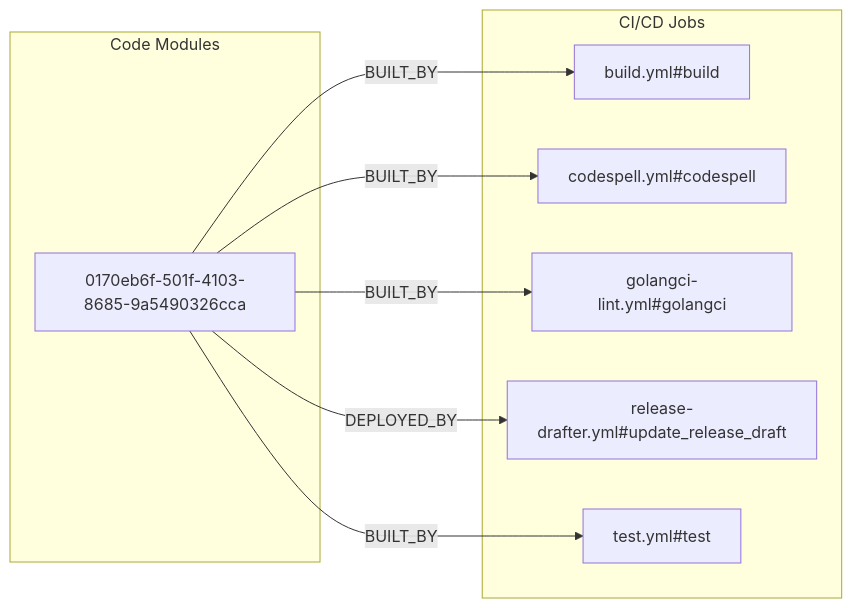
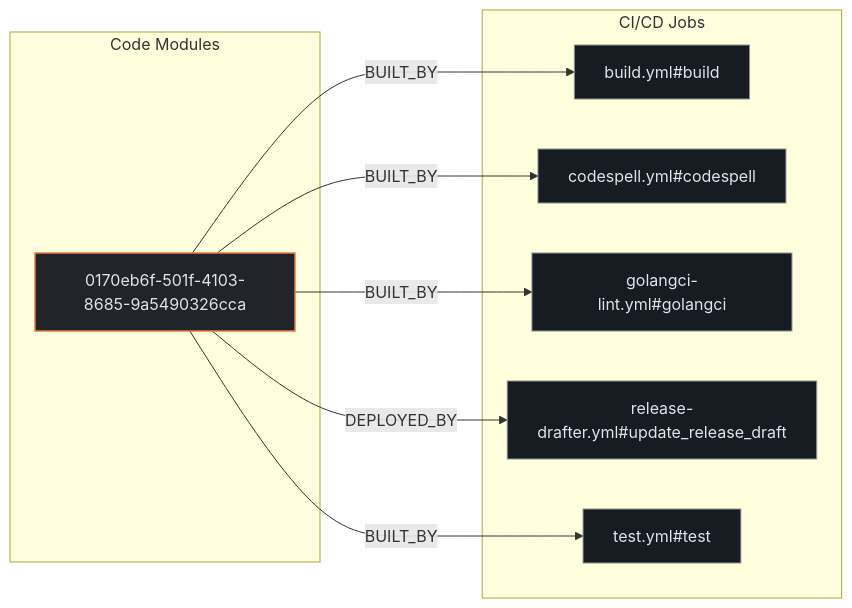
Before and after one commit to kumarshaz/atruss-code-atlas: the second of 3 diagrams in exports/latest/reports/home-assistant-cli-report.md, drawn with Mermaid. The commit also changed other lines of this file and 331 other files, not shown here.

Commit message:
docs,ui,fix: update SDLC docs, reorder CI/CD DAG first, stylize Mermaid, and fix Arc42 pipeline topology

````diff
--- a/exports/latest/reports/home-assistant-cli-report.md
+++ b/exports/latest/reports/home-assistant-cli-report.md
@@ -157,18 +164,22 @@
 ```mermaid
 flowchart LR
+    classDef atlasCategory fill:#212428,stroke:#E87A48,stroke-width:1.5px,color:#dfe3eb
+    classDef atlasWorkflow fill:#1b2026,stroke:#a3c9ff,stroke-width:1.5px,color:#dfe3eb
+    classDef atlasJob fill:#171c22,stroke:#8d9199,stroke-width:1px,color:#dfe3eb
+    classDef atlasTarget fill:#005227,stroke:#8bd99b,stroke-width:1.5px,color:#a7f6b6
     subgraph code_modules["Code Modules"]
-        mod_0170eb6f_501f_4103_8685_9a5490326cca["0170eb6f-501f-4103-8685-9a5490326cca"]
+        mod_0170eb6f_501f_4103_8685_9a5490326cca["0170eb6f-501f-4103-8685-9a5490326cca"]:::atlasCategory
     end
     subgraph ci_jobs["CI/CD Jobs"]
-        job_build_yml_build["build.yml#build"]
-        job_codespell_yml_codespell["codespell.yml#codespell"]
-        job_golangci_lint_yml_golangci["golangci-lint.yml#golangci"]
-        job_release_drafter_yml_update_release_draft["release-drafter.yml#update_release_draft"]
-        job_test_yml_test["test.yml#test"]
+        job_build_yml_build["build.yml#build"]:::atlasJob
+        job_codespell_yml_codespell["codespell.yml#codespell"]:::atlasJob
+        job_golangci_lint_yml_golangci["golangci-lint.yml#golangci"]:::atlasJob
+        job_release_drafter_yml_update_release_draft["release-drafter.yml#update_release_draft"]:::atlasJob
+        job_test_yml_test["test.yml#test"]:::atlasJob
     end
     mod_0170eb6f_501f_4103_8685_9a5490326cca -->|BUILT_BY| job_build_yml_build
     mod_0170eb6f_501f_4103_8685_9a5490326cca -->|BUILT_BY| job_codespell_yml_codespell
     mod_0170eb6f_501f_4103_8685_9a5490326cca -->|BUILT_BY| job_golangci_lint_yml_golangci
     mod_0170eb6f_501f_4103_8685_9a5490326cca -->|BUILT_BY| job_test_yml_test
     mod_0170eb6f_501f_4103_8685_9a5490326cca -->|DEPLOYED_BY| job_release_drafter_yml_update_release_draft
 ```
````
